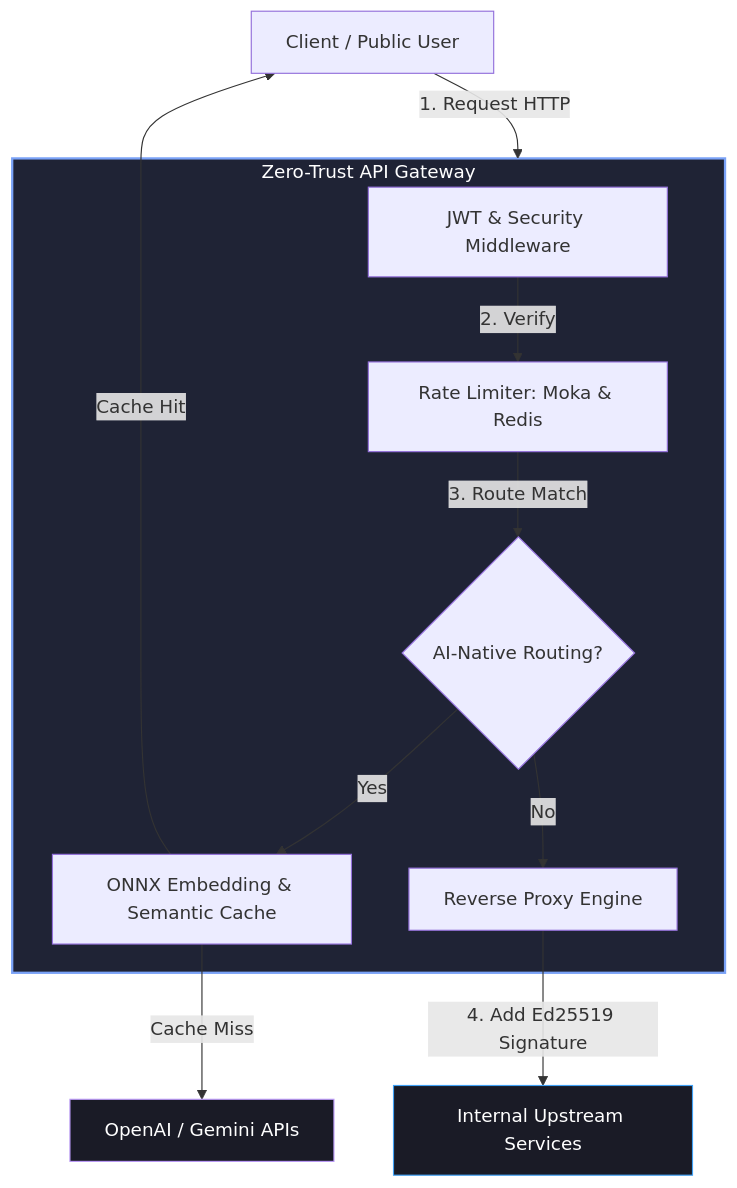
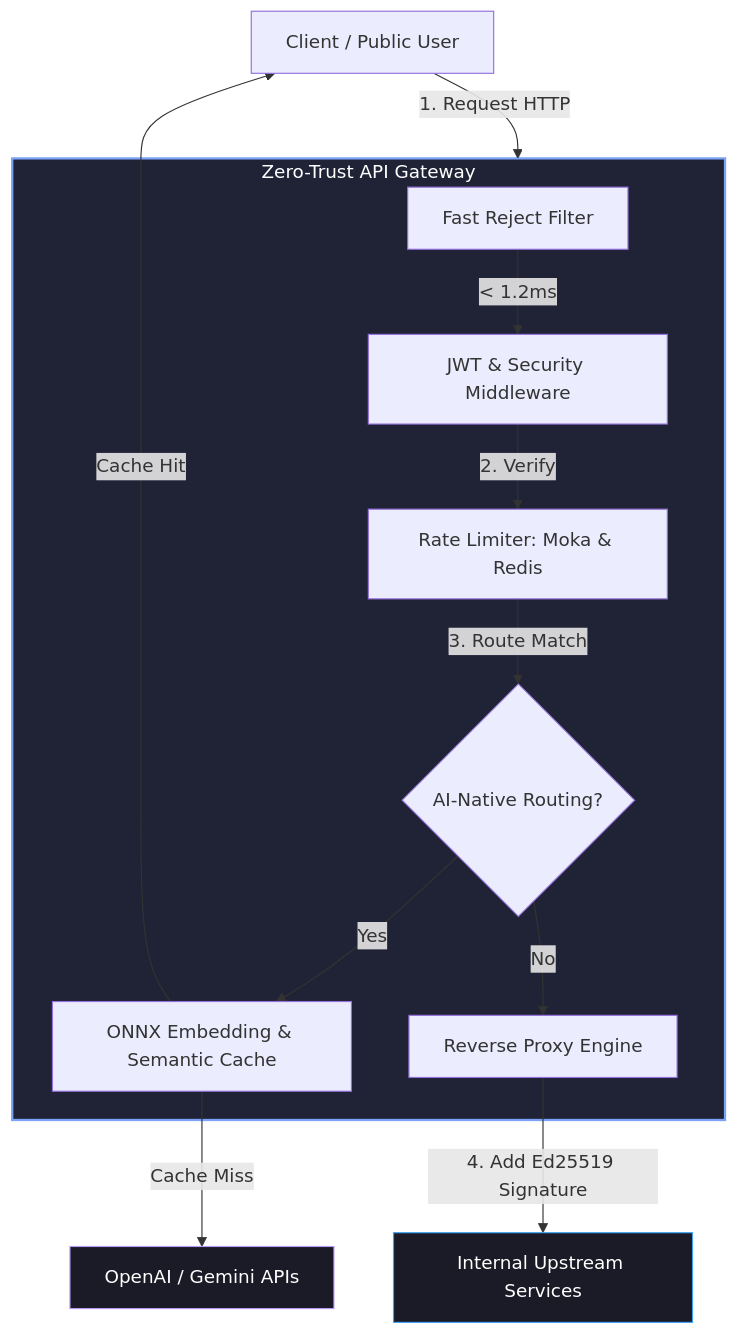
The diagram in README.md (Phungthevinh/zero_trust_gateway), drawn with Mermaid before and after one commit. The commit also changed other lines of this file and 11 other files, not shown here.

````diff
--- a/README.md
+++ b/README.md
@@ -44,19 +48,20 @@
 ```mermaid
 graph TD
     Client[Client / Public User] -->|1. Request HTTP| Gateway[Zero-Trust Gateway]
     
     subgraph Gateway [Zero-Trust API Gateway]
-        Auth[JWT & Security Middleware] -->|2. Verify| RateLimit[Rate Limiter: Moka & Redis]
+        FastReject[Fast Reject Filter] -->|< 1.2ms| Auth[JWT & Security Middleware]
+        Auth -->|2. Verify| RateLimit[Rate Limiter: Moka & Redis]
         RateLimit -->|3. Route Match| AICache{AI-Native Routing?}
         AICache -->|Yes| VectorCache[ONNX Embedding & Semantic Cache]
         AICache -->|No| RevProxy[Reverse Proxy Engine]
     end
     
     VectorCache -->|Cache Hit| Client
     VectorCache -->|Cache Miss| LLM[OpenAI / Gemini APIs]
     RevProxy -->|4. Add Ed25519 Signature| Upstream[Internal Upstream Services]
     
     style Gateway fill:#1f2335,stroke:#7aa2f7,stroke-width:2px,color:#fff
     style Upstream fill:#1a1b26,stroke:#41a2f6,stroke-width:1px,color:#fff
     style LLM fill:#1a1b26,stroke:#bb9af7,stroke-width:1px,color:#fff
 ```
````
